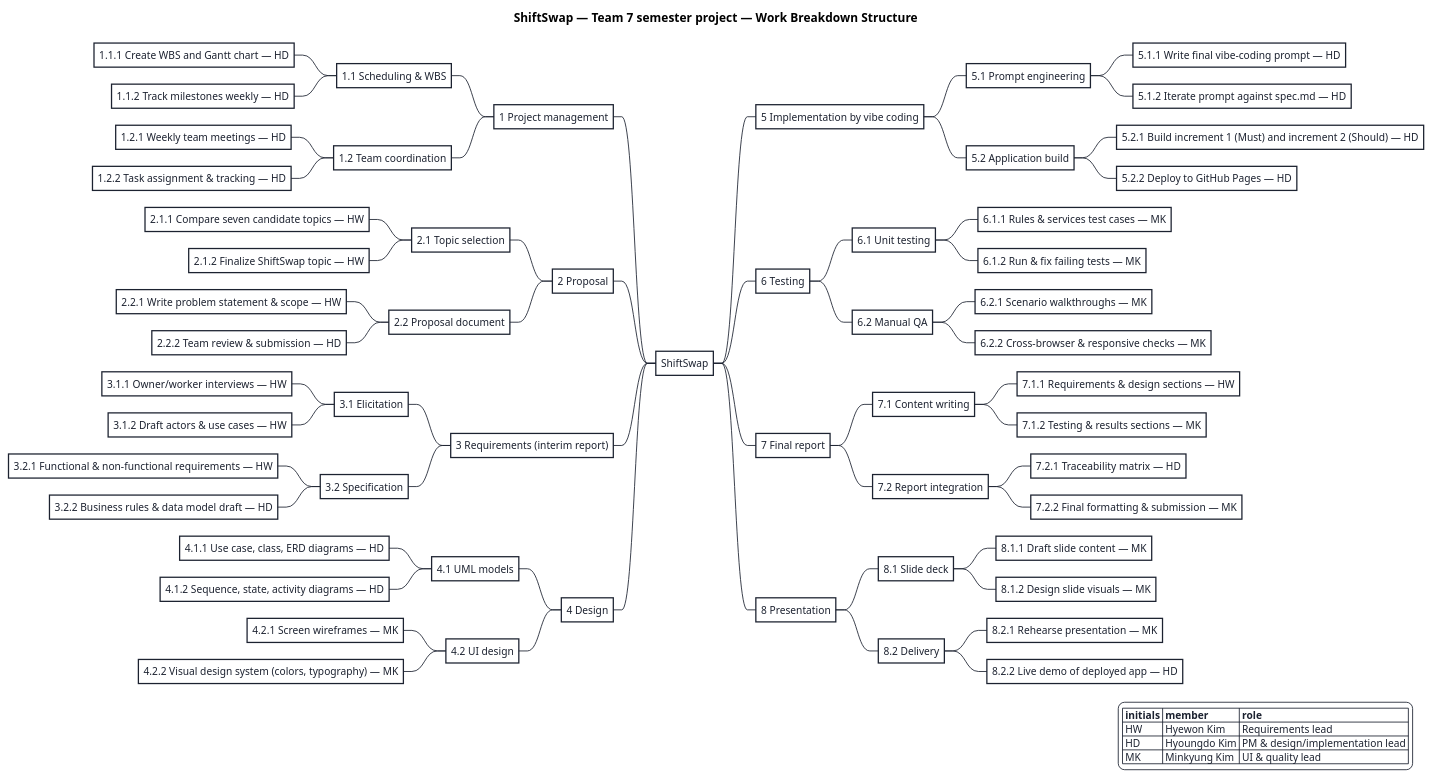
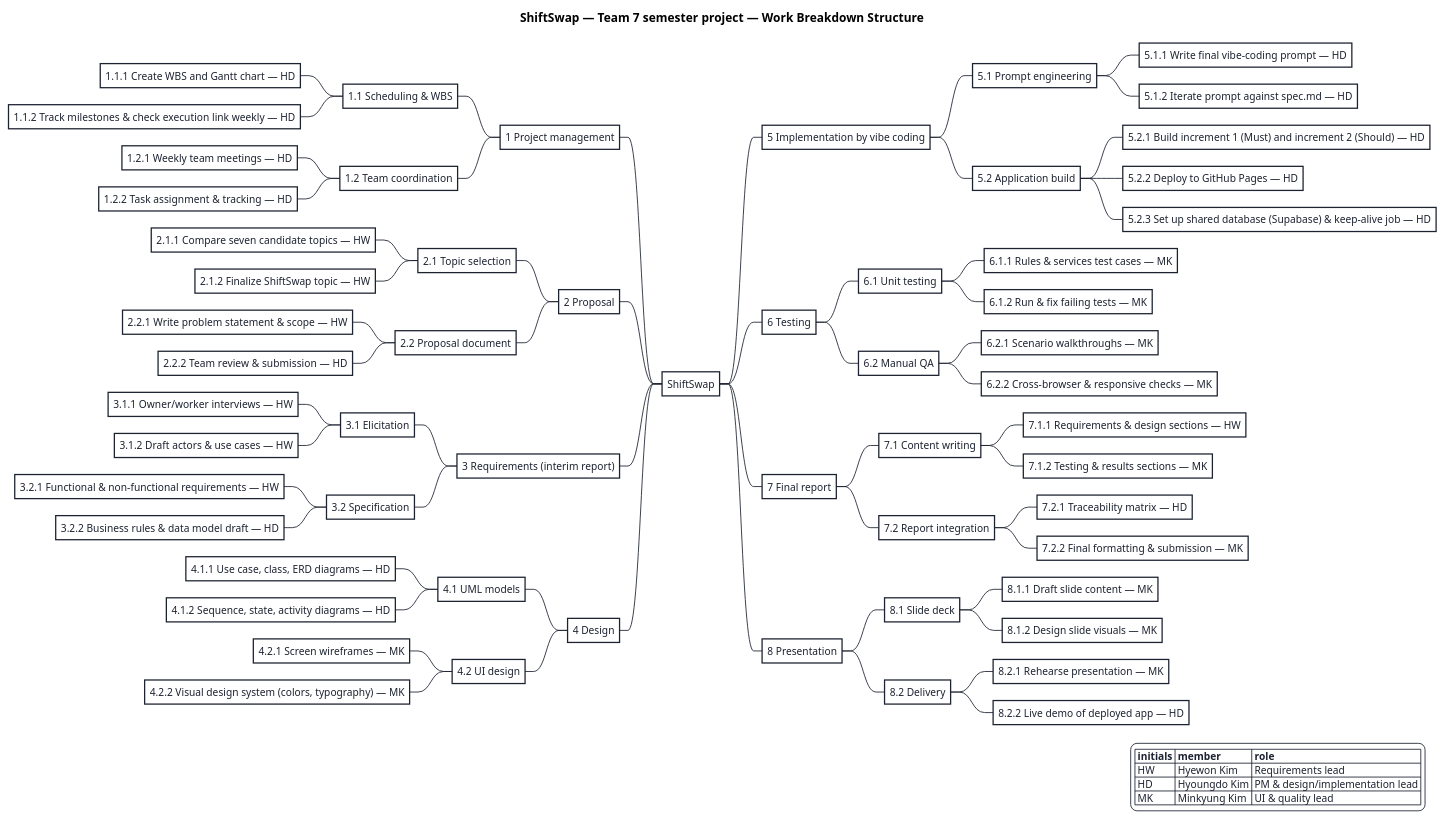
Before and after one commit to keemlogan/shiftswap: the diagram in uml/src/wbs.puml, drawn with PlantUML. The commit also changed 8 other files, not shown here.

First line of the commit message:
Proposal: apply teammate review (related work, part-time overtime, shared database, format)

```diff
--- a/uml/src/wbs.puml
+++ b/uml/src/wbs.puml
@@ -1,96 +1,97 @@
 @startmindmap wbs
 <style>
 mindmapDiagram {
   BackGroundColor white
   LineColor #1C2230
   FontColor #1C2230
   FontName Helvetica
   FontSize 12
   node {
     RoundCorner 0
     Padding 6
     LineColor #1C2230
     BackGroundColor white
     HorizontalAlignment center
   }
 }
 </style>
 title ShiftSwap — Team 7 semester project — Work Breakdown Structure
 
 * ShiftSwap
 
 left side
 
 ** 1 Project management
 *** 1.1 Scheduling & WBS
 **** 1.1.1 Create WBS and Gantt chart — HD
-**** 1.1.2 Track milestones weekly — HD
+**** 1.1.2 Track milestones & check execution link weekly — HD
 *** 1.2 Team coordination
 **** 1.2.1 Weekly team meetings — HD
 **** 1.2.2 Task assignment & tracking — HD
 
 ** 2 Proposal
 *** 2.1 Topic selection
 **** 2.1.1 Compare seven candidate topics — HW
 **** 2.1.2 Finalize ShiftSwap topic — HW
 *** 2.2 Proposal document
 **** 2.2.1 Write problem statement & scope — HW
 **** 2.2.2 Team review & submission — HD
 
 ** 3 Requirements (interim report)
 *** 3.1 Elicitation
 **** 3.1.1 Owner/worker interviews — HW
 **** 3.1.2 Draft actors & use cases — HW
 *** 3.2 Specification
 **** 3.2.1 Functional & non-functional requirements — HW
 **** 3.2.2 Business rules & data model draft — HD
 
 ** 4 Design
 *** 4.1 UML models
 **** 4.1.1 Use case, class, ERD diagrams — HD
 **** 4.1.2 Sequence, state, activity diagrams — HD
 *** 4.2 UI design
 **** 4.2.1 Screen wireframes — MK
 **** 4.2.2 Visual design system (colors, typography) — MK
 
 right side
 
 ** 5 Implementation by vibe coding
 *** 5.1 Prompt engineering
 **** 5.1.1 Write final vibe-coding prompt — HD
 **** 5.1.2 Iterate prompt against spec.md — HD
 *** 5.2 Application build
 **** 5.2.1 Build increment 1 (Must) and increment 2 (Should) — HD
 **** 5.2.2 Deploy to GitHub Pages — HD
+**** 5.2.3 Set up shared database (Supabase) & keep-alive job — HD
 
 ** 6 Testing
 *** 6.1 Unit testing
 **** 6.1.1 Rules & services test cases — MK
 **** 6.1.2 Run & fix failing tests — MK
 *** 6.2 Manual QA
 **** 6.2.1 Scenario walkthroughs — MK
 **** 6.2.2 Cross-browser & responsive checks — MK
 
 ** 7 Final report
 *** 7.1 Content writing
 **** 7.1.1 Requirements & design sections — HW
 **** 7.1.2 Testing & results sections — MK
 *** 7.2 Report integration
 **** 7.2.1 Traceability matrix — HD
 **** 7.2.2 Final formatting & submission — MK
 
 ** 8 Presentation
 *** 8.1 Slide deck
 **** 8.1.1 Draft slide content — MK
 **** 8.1.2 Design slide visuals — MK
 *** 8.2 Delivery
 **** 8.2.1 Rehearse presentation — MK
 **** 8.2.2 Live demo of deployed app — HD
 
 legend right
   |= initials |= member |= role |
   | HW | Hyewon Kim | Requirements lead |
   | HD | Hyoungdo Kim | PM & design/implementation lead |
   | MK | Minkyung Kim | UI & quality lead |
 endlegend
 @endmindmap
```
